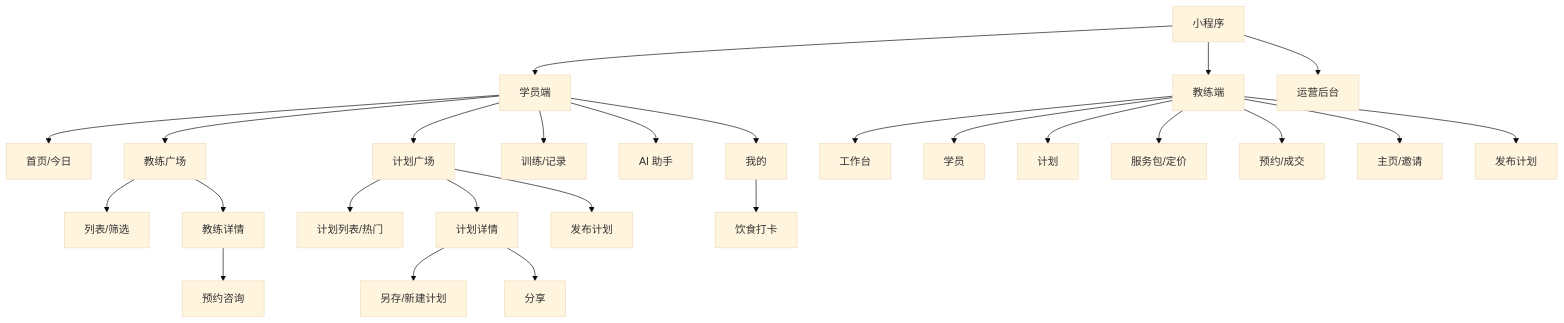
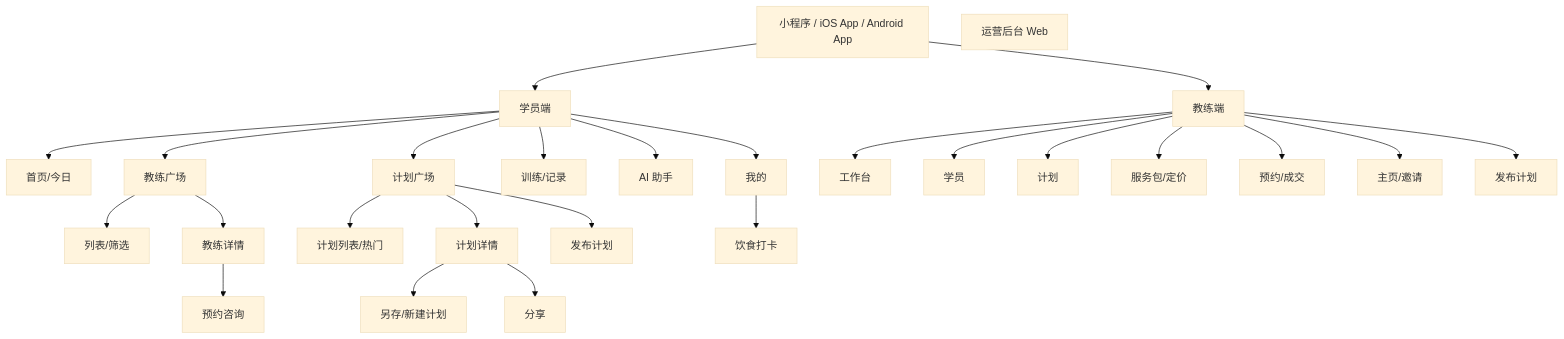
The second of 2 diagrams in docs/PRD.md (2981047480/nerae), drawn with Mermaid (base theme) before and after one commit. The commit also changed other lines of this file and 173 other files, not shown here.

````diff
--- a/docs/PRD.md
+++ b/docs/PRD.md
@@ -857,28 +865,28 @@
 ```mermaid
 graph TD
-  A[小程序] --> B[学员端]
+  A[小程序 / iOS App / Android App] --> B[学员端]
   A --> C[教练端]
-  A --> D[运营后台]
+  D[运营后台 Web]
   B --> B1[首页/今日]
   B --> B2[教练广场]
   B --> B3[计划广场]
   B --> B4[训练/记录]
   B --> B5[AI 助手]
   B --> B6[我的]
   B2 --> B21[列表/筛选]
   B2 --> B22[教练详情]
   B22 --> B23[预约咨询]
   B3 --> B31[计划列表/热门]
   B3 --> B32[计划详情]
   B32 --> B33[另存/新建计划]
   B32 --> B34[分享]
   B6 --> B61[饮食打卡]
   B3 --> B35[发布计划]
   C --> C1[工作台]
   C --> C2[学员]
   C --> C3[计划]
   C --> C4[服务包/定价]
   C --> C5[预约/成交]
   C --> C6[主页/邀请]
   C --> C7[发布计划]
 ```
````
